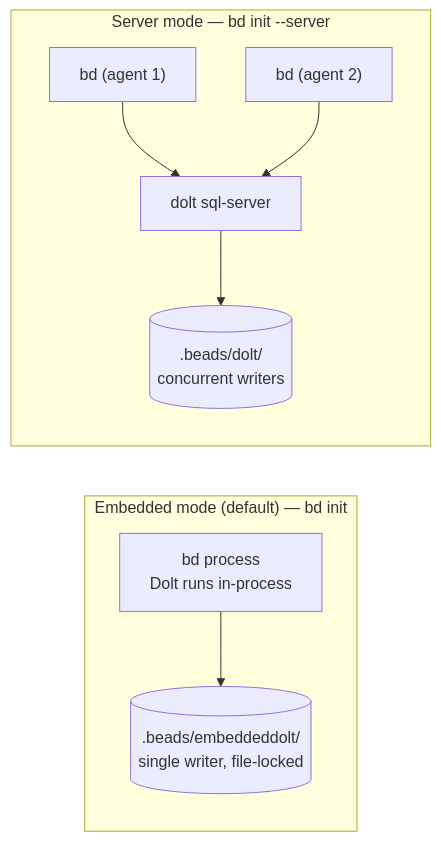
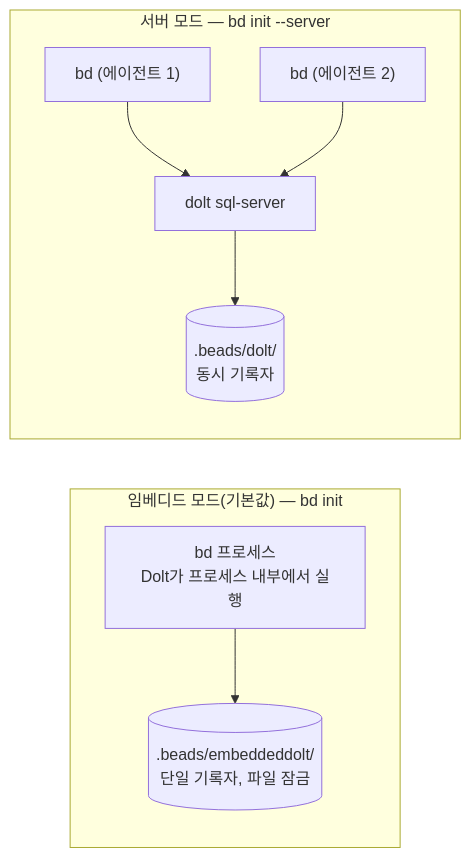
One commit to gastownhall/beads changed the diagram in docs/architecture/dolt.md. Above: the diagram before and after it, drawn with Mermaid. The commit also changed other lines of this file and 179 other files, not shown here.

````diff
--- a/docs/architecture/dolt.md
+++ b/docs/architecture/dolt.md
@@ -63,11 +63,11 @@
 ```mermaid
 flowchart LR
-    subgraph embedded["Embedded mode (default) — bd init"]
-        bd1["bd process<br/>Dolt runs in-process"] --> d1[(".beads/embeddeddolt/<br/>single writer, file-locked")]
+    subgraph embedded["임베디드 모드(기본값) — bd init"]
+        bd1["bd 프로세스<br/>Dolt가 프로세스 내부에서 실행"] --> d1[(".beads/embeddeddolt/<br/>단일 기록자, 파일 잠금")]
     end
-    subgraph server["Server mode — bd init --server"]
-        bd2["bd (agent 1)"] --> srv["dolt sql-server"]
-        bd3["bd (agent 2)"] --> srv
-        srv --> d2[(".beads/dolt/<br/>concurrent writers")]
+    subgraph server["서버 모드 — bd init --server"]
+        bd2["bd (에이전트 1)"] --> srv["dolt sql-server"]
+        bd3["bd (에이전트 2)"] --> srv
+        srv --> d2[(".beads/dolt/<br/>동시 기록자")]
     end
 ```
````
